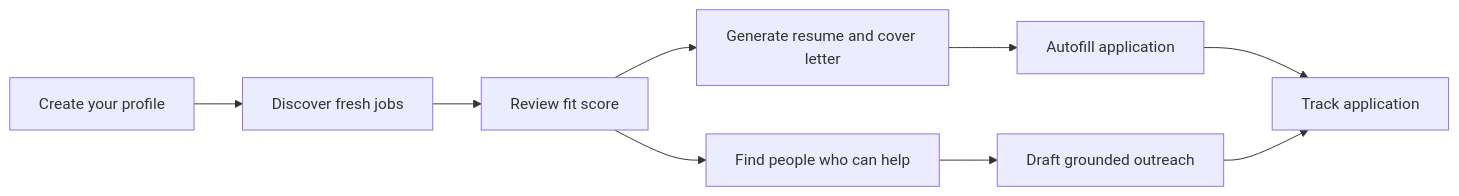
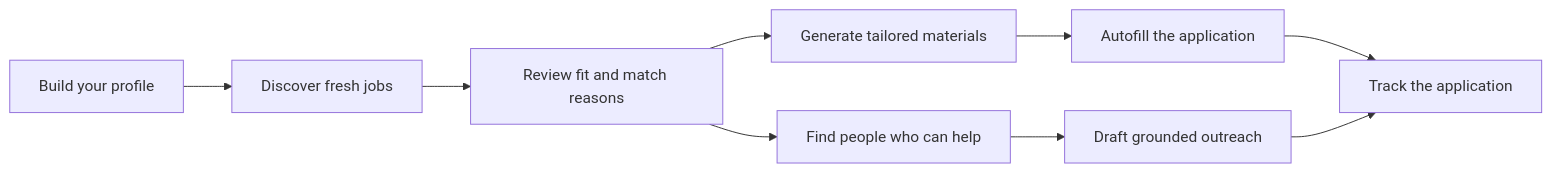
Before and after one commit to cprakash64/JobPilot-AI: the first of 3 diagrams in README.md, drawn with Mermaid. The commit also changed other lines of this file, not shown here.

````diff
--- a/README.md
+++ b/README.md
@@ -123,11 +193,11 @@
 ```mermaid
 flowchart LR
-    A[Create your profile] --> B[Discover fresh jobs]
-    B --> C[Review fit score]
-    C --> D[Generate resume and cover letter]
-    D --> E[Autofill application]
+    A[Build your profile] --> B[Discover fresh jobs]
+    B --> C[Review fit and match reasons]
+    C --> D[Generate tailored materials]
+    D --> E[Autofill the application]
     C --> F[Find people who can help]
     F --> G[Draft grounded outreach]
-    E --> H[Track application]
+    E --> H[Track the application]
     G --> H
 ```
````
